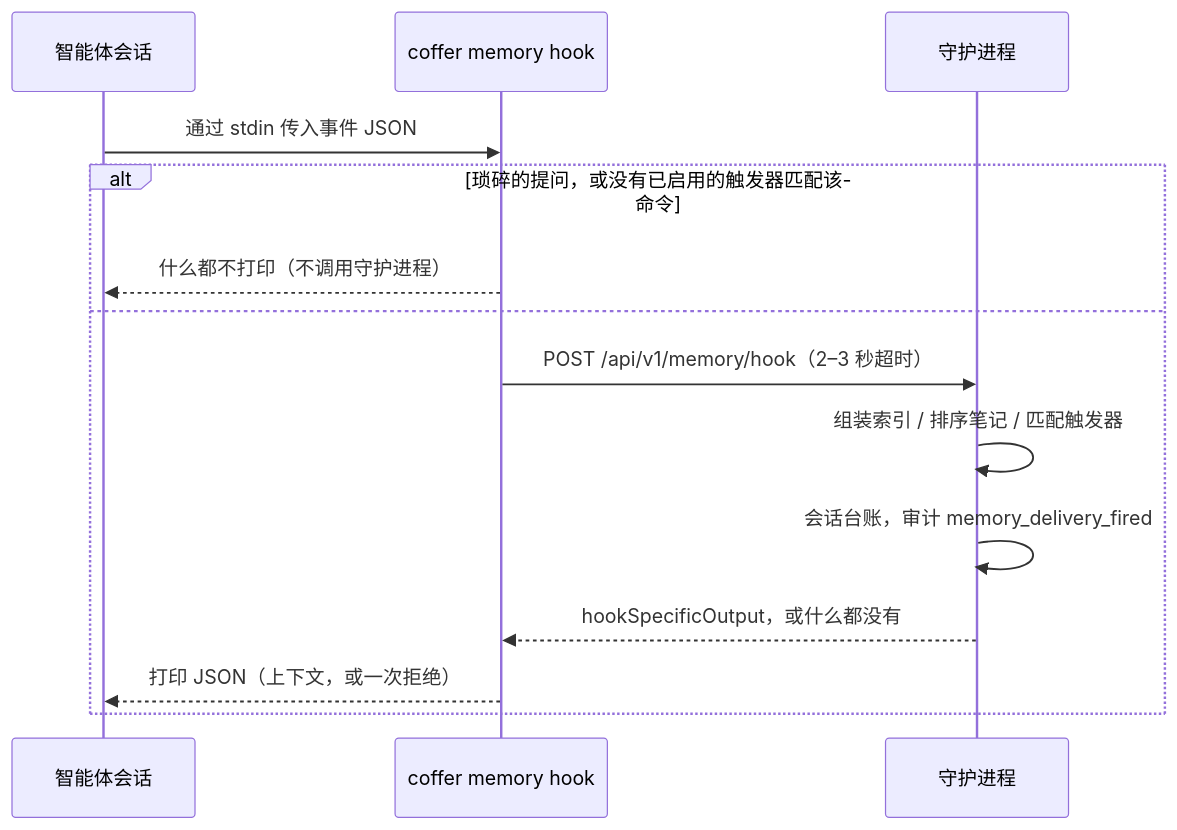
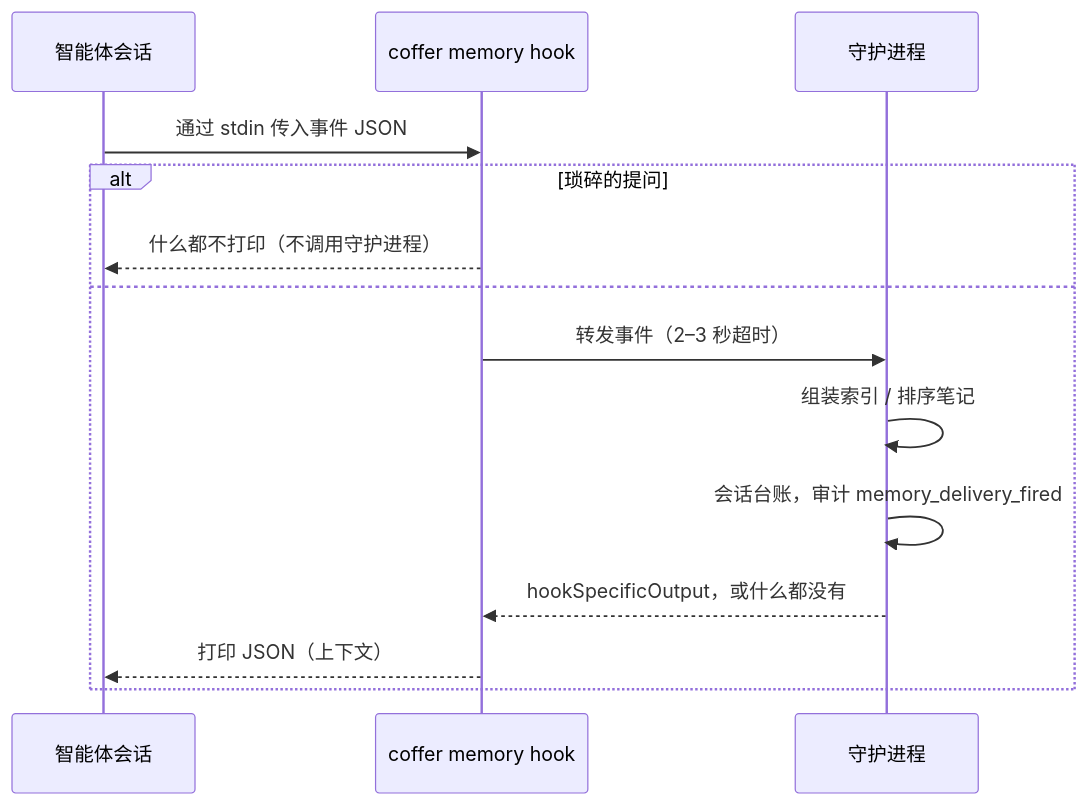
The fourth of 4 diagrams in docs-site/zh/architecture/memory.md (wyx-sg/Coffer), drawn with Mermaid before and after one commit. The commit also changed other lines of this file and 610 other files, not shown here.

````diff
--- a/docs-site/zh/architecture/memory.md
+++ b/docs-site/zh/architecture/memory.md
@@ -352,16 +325,16 @@
 ```mermaid
 sequenceDiagram
   participant A as 智能体会话
   participant C as coffer memory hook
   participant D as 守护进程
   A->>C: 通过 stdin 传入事件 JSON
-  alt 琐碎的提问，或没有已启用的触发器匹配该命令
+  alt 琐碎的提问
     C-->>A: 什么都不打印（不调用守护进程）
   else
-    C->>D: POST /api/v1/memory/hook（2–3 秒超时）
-    D->>D: 组装索引 / 排序笔记 / 匹配触发器
+    C->>D: 转发事件（2–3 秒超时）
+    D->>D: 组装索引 / 排序笔记
     D->>D: 会话台账，审计 memory_delivery_fired
     D-->>C: hookSpecificOutput，或什么都没有
-    C-->>A: 打印 JSON（上下文，或一次拒绝）
+    C-->>A: 打印 JSON（上下文）
   end
 ```
````
